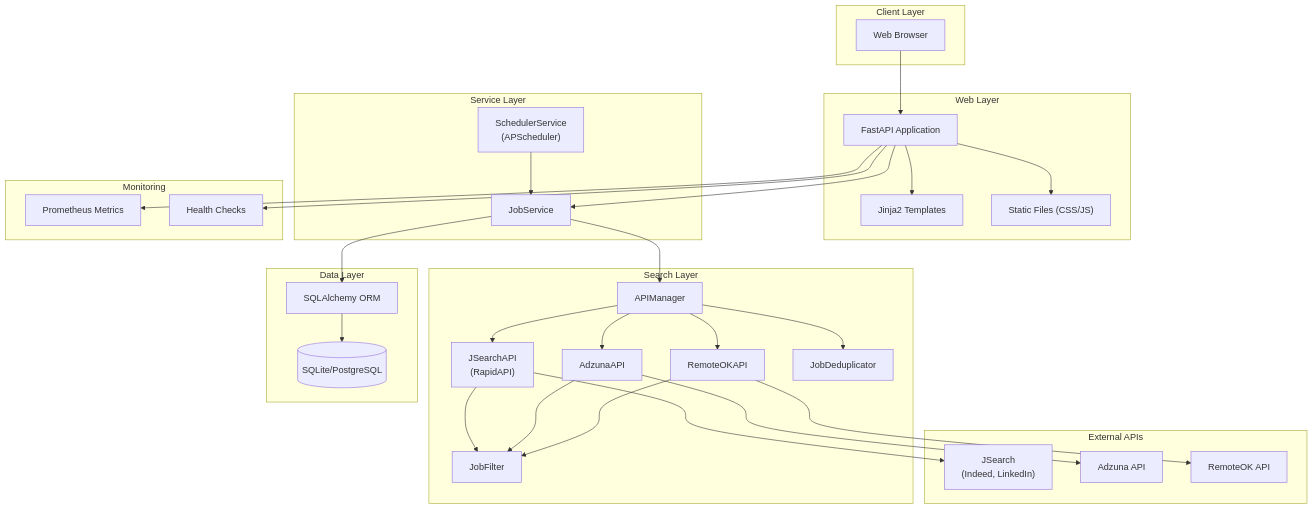
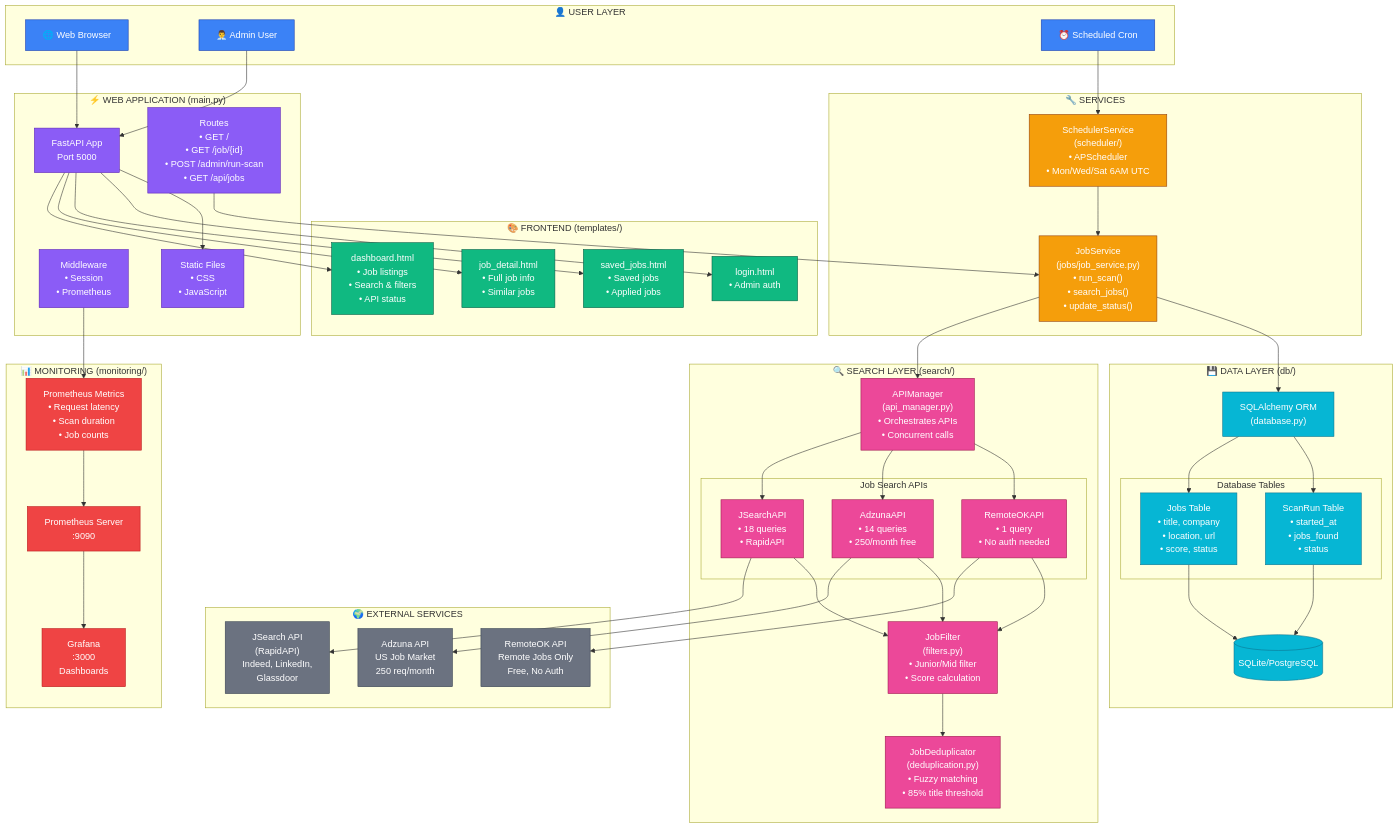
The first of 3 diagrams in docs/ARCHITECTURE.md (noble-antwi/iam-job-scout), drawn with Mermaid before and after one commit. The commit also changed other lines of this file, not shown here.

Commit message:
Add complete single-view architecture diagram
- Shows entire system in one Mermaid diagram
- Includes all layers: User, Frontend, Web App, Services, Search, Data, Monitoring
- Color-coded by component type
- Shows all connections and data flows

````diff
--- a/docs/ARCHITECTURE.md
+++ b/docs/ARCHITECTURE.md
@@ -13,68 +15,123 @@
 ```mermaid
 flowchart TB
-    subgraph Client["Client Layer"]
-        Browser["Web Browser"]
+    subgraph USER["👤 USER LAYER"]
+        Browser["🌐 Web Browser"]
+        Admin["👨‍💼 Admin User"]
+        Cron["⏰ Scheduled Cron"]
     end
 
-    subgraph Web["Web Layer"]
-        FastAPI["FastAPI Application"]
-        Templates["Jinja2 Templates"]
-        Static["Static Files (CSS/JS)"]
+    subgraph FRONTEND["🎨 FRONTEND (templates/)"]
+        Dashboard["dashboard.html<br/>• Job listings<br/>• Search & filters<br/>• API status"]
+        JobDetail["job_detail.html<br/>• Full job info<br/>• Similar jobs"]
+        SavedJobs["saved_jobs.html<br/>• Saved jobs<br/>• Applied jobs"]
+        Login["login.html<br/>• Admin auth"]
     end
 
-    subgraph Services["Service Layer"]
-        JobService["JobService"]
-        Scheduler["SchedulerService\n(APScheduler)"]
+    subgraph WEBAPP["⚡ WEB APPLICATION (main.py)"]
+        FastAPI["FastAPI App<br/>Port 5000"]
+        Routes["Routes<br/>• GET /<br/>• GET /job/{id}<br/>• POST /admin/run-scan<br/>• GET /api/jobs"]
+        Middleware["Middleware<br/>• Session<br/>• Prometheus"]
+        Static["Static Files<br/>• CSS<br/>• JavaScript"]
     end
 
-    subgraph Search["Search Layer"]
-        APIManager["APIManager"]
-        JSearch["JSearchAPI\n(RapidAPI)"]
-        Adzuna["AdzunaAPI"]
-        RemoteOK["RemoteOKAPI"]
-        Dedup["JobDeduplicator"]
-        Filter["JobFilter"]
+    subgraph SERVICES["🔧 SERVICES"]
+        JobService["JobService<br/>(jobs/job_service.py)<br/>• run_scan()<br/>• search_jobs()<br/>• update_status()"]
+        Scheduler["SchedulerService<br/>(scheduler/)<br/>• APScheduler<br/>• Mon/Wed/Sat 6AM UTC"]
     end
 
-    subgraph Data["Data Layer"]
-        ORM["SQLAlchemy ORM"]
+    subgraph SEARCH["🔍 SEARCH LAYER (search/)"]
+        APIManager["APIManager<br/>(api_manager.py)<br/>• Orchestrates APIs<br/>• Concurrent calls"]
+
+        subgraph APIs["Job Search APIs"]
+            JSearch["JSearchAPI<br/>• 18 queries<br/>• RapidAPI"]
+            Adzuna["AdzunaAPI<br/>• 14 queries<br/>• 250/month free"]
+            RemoteOK["RemoteOKAPI<br/>• 1 query<br/>• No auth needed"]
+        end
+
+        Dedup["JobDeduplicator<br/>(deduplication.py)<br/>• Fuzzy matching<br/>• 85% title threshold"]
+        Filter["JobFilter<br/>(filters.py)<br/>• Junior/Mid filter<br/>• Score calculation"]
+    end
+
+    subgraph DATA["💾 DATA LAYER (db/)"]
+        ORM["SQLAlchemy ORM<br/>(database.py)"]
+        subgraph Tables["Database Tables"]
+            Jobs["Jobs Table<br/>• title, company<br/>• location, url<br/>• score, status"]
+            ScanRun["ScanRun Table<br/>• started_at<br/>• jobs_found<br/>• status"]
+        end
         DB[(SQLite/PostgreSQL)]
     end
 
-    subgraph External["External APIs"]
-        JSearchExt["JSearch\n(Indeed, LinkedIn)"]
-        AdzunaExt["Adzuna API"]
-        RemoteOKExt["RemoteOK API"]
+    subgraph EXTERNAL["🌍 EXTERNAL SERVICES"]
+        JSearchExt["JSearch API<br/>(RapidAPI)<br/>Indeed, LinkedIn,<br/>Glassdoor"]
+        AdzunaExt["Adzuna API<br/>US Job Market<br/>250 req/month"]
+        RemoteOKExt["RemoteOK API<br/>Remote Jobs Only<br/>Free, No Auth"]
     end
 
-    subgraph Monitoring["Monitoring"]
-        Prometheus["Prometheus Metrics"]
-        Health["Health Checks"]
+    subgraph MONITORING["📊 MONITORING (monitoring/)"]
+        Metrics["Prometheus Metrics<br/>• Request latency<br/>• Scan duration<br/>• Job counts"]
+        Prometheus["Prometheus Server<br/>:9090"]
+        Grafana["Grafana<br/>:3000<br/>Dashboards"]
     end
 
+    %% User connections
     Browser --> FastAPI
-    FastAPI --> Templates
+    Admin --> FastAPI
+    Cron --> Scheduler
+
+    %% Frontend connections
+    FastAPI --> Dashboard
+    FastAPI --> JobDetail
+    FastAPI --> SavedJobs
+    FastAPI --> Login
     FastAPI --> Static
-    FastAPI --> JobService
-    FastAPI --> Prometheus
-    FastAPI --> Health
 
+    %% Service connections
+    Routes --> JobService
     Scheduler --> JobService
+    Middleware --> Metrics
+
+    %% Search flow
     JobService --> APIManager
-    JobService --> ORM
-
     APIManager --> JSearch
     APIManager --> Adzuna
     APIManager --> RemoteOK
-    APIManager --> Dedup
-
-    JSearch --> Filter
-    Adzuna --> Filter
-    RemoteOK --> Filter
 
     JSearch --> JSearchExt
     Adzuna --> AdzunaExt
     RemoteOK --> RemoteOKExt
 
-    ORM --> DB
+    JSearch --> Filter
+    Adzuna --> Filter
+    RemoteOK --> Filter
+    Filter --> Dedup
+
+    %% Data flow
+    JobService --> ORM
+    ORM --> Jobs
+    ORM --> ScanRun
+    Jobs --> DB
+    ScanRun --> DB
+
+    %% Monitoring flow
+    Metrics --> Prometheus
+    Prometheus --> Grafana
+
+    %% Styling
+    classDef userStyle fill:#3B82F6,stroke:#1E40AF,color:#fff
+    classDef frontendStyle fill:#10B981,stroke:#065F46,color:#fff
+    classDef webappStyle fill:#8B5CF6,stroke:#5B21B6,color:#fff
+    classDef serviceStyle fill:#F59E0B,stroke:#92400E,color:#fff
+    classDef searchStyle fill:#EC4899,stroke:#9D174D,color:#fff
+    classDef dataStyle fill:#06B6D4,stroke:#0E7490,color:#fff
+    classDef externalStyle fill:#6B7280,stroke:#374151,color:#fff
+    classDef monitorStyle fill:#EF4444,stroke:#B91C1C,color:#fff
+
+    class Browser,Admin,Cron userStyle
+    class Dashboard,JobDetail,SavedJobs,Login frontendStyle
+    class FastAPI,Routes,Middleware,Static webappStyle
+    class JobService,Scheduler serviceStyle
+    class APIManager,JSearch,Adzuna,RemoteOK,Dedup,Filter searchStyle
+    class ORM,Jobs,ScanRun,DB dataStyle
+    class JSearchExt,AdzunaExt,RemoteOKExt externalStyle
+    class Metrics,Prometheus,Grafana monitorStyle
 ```
````
